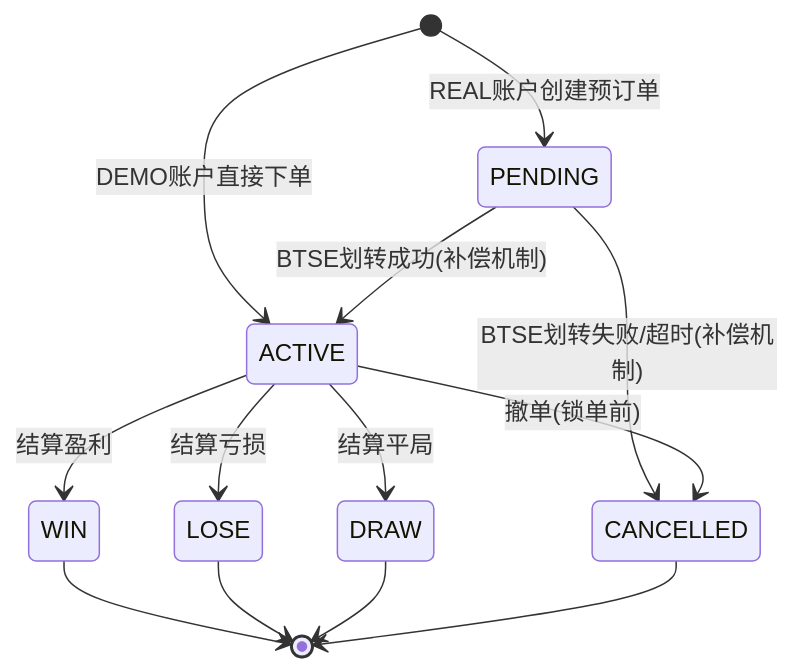
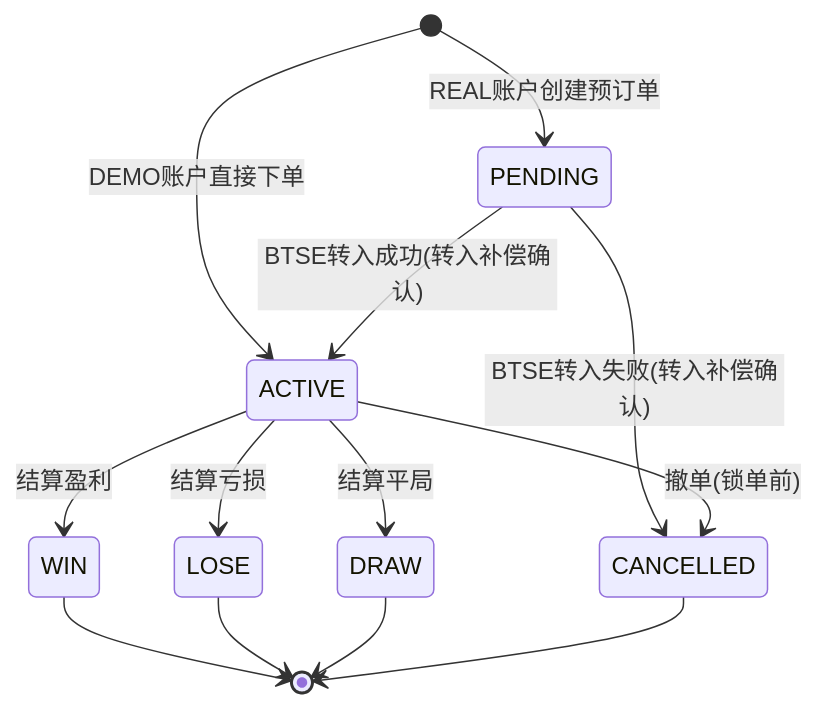
Before and after one commit to barry428/BinaryOptionDocs: the fourth of 9 diagrams in 2. 设计类/207_05_业务流程设计.md, drawn with Mermaid. The commit also changed other lines of this file and 3 other files, not shown here.

````diff
--- a/2. 设计类/207_05_业务流程设计.md
+++ b/2. 设计类/207_05_业务流程设计.md
@@ -436,15 +486,15 @@
 ```mermaid
 stateDiagram-v2
     [*] --> PENDING : REAL账户创建预订单
     [*] --> ACTIVE : DEMO账户直接下单
-    PENDING --> ACTIVE : BTSE划转成功(补偿机制)
-    PENDING --> CANCELLED : BTSE划转失败/超时(补偿机制)
+    PENDING --> ACTIVE : BTSE转入成功(转入补偿确认)
+    PENDING --> CANCELLED : BTSE转入失败(转入补偿确认)
     ACTIVE --> CANCELLED : 撤单(锁单前)
     ACTIVE --> WIN : 结算盈利
     ACTIVE --> LOSE : 结算亏损  
     ACTIVE --> DRAW : 结算平局
     WIN --> [*]
     LOSE --> [*]
     DRAW --> [*]
     CANCELLED --> [*]
 ```
````
